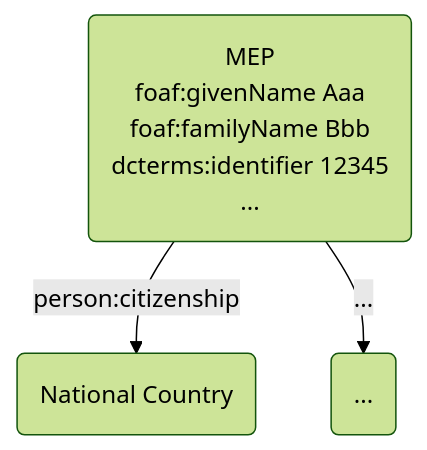
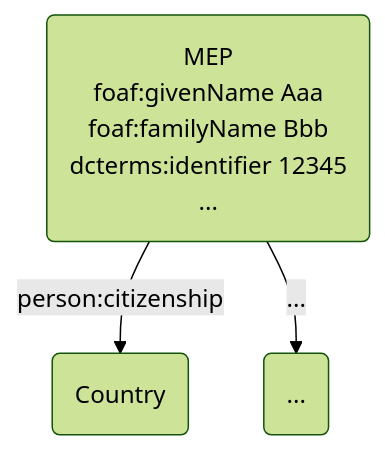
Before and after one commit to europarl/open-data-beta-testing: the first of 2 diagrams in data-structure/meps/README.md, drawn with Mermaid (forest theme). The commit also changed other lines of this file, not shown here.

`````diff
--- a/data-structure/meps/README.md
+++ b/data-structure/meps/README.md
@@ -17,12 +24,12 @@
 ````mermaid
 flowchart TD
 A(MEP
 foaf:givenName Aaa
 foaf:familyName Bbb
 dcterms:identifier 12345
 ...)
-C1(National Country)
+C1(Country)
 C2(...)
 A-- person:citizenship --> C1
 A-- ... -->C2
 ````
`````
